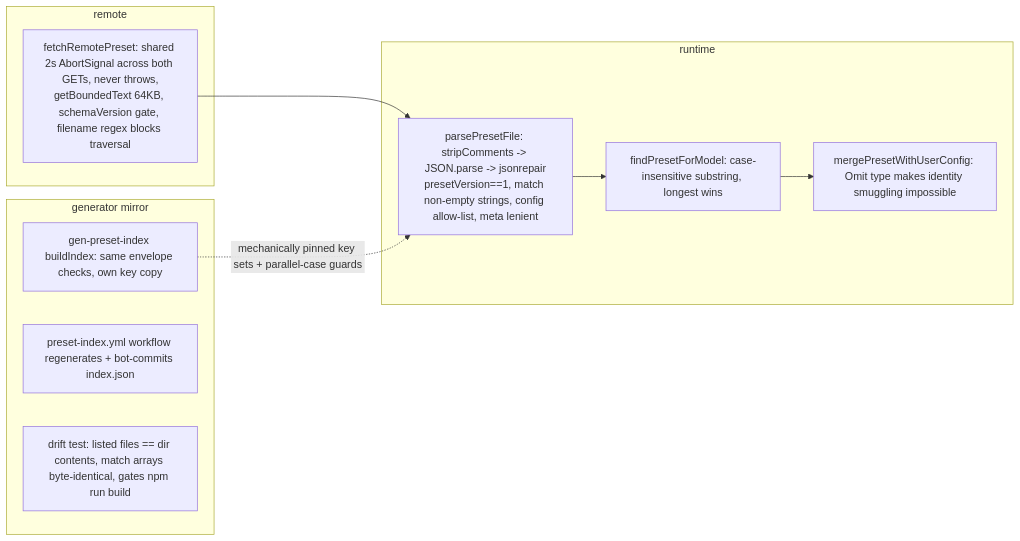
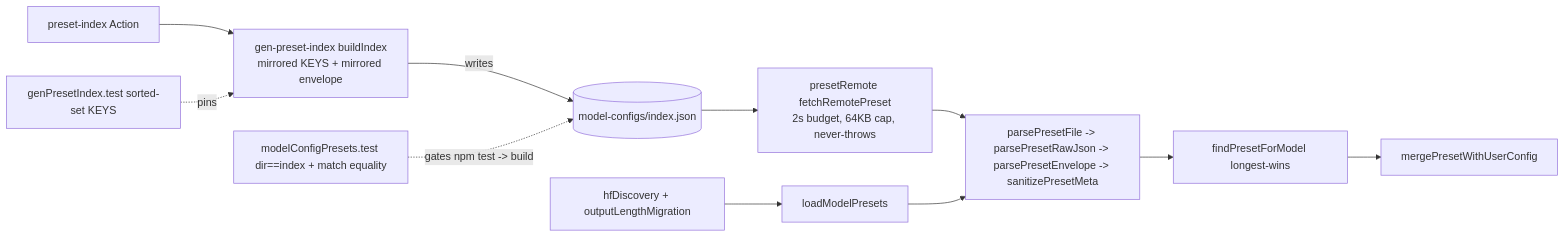
Diagram 18 of 18 in docs/complexity-audit.md (fuzzifikation/vLLM-Copilot), drawn with Mermaid before and after one commit. The commit also changed other lines of this file and 113 other files, not shown here.

````diff
--- a/docs/complexity-audit.md
+++ b/docs/complexity-audit.md
@@ -1035,19 +682,10 @@
 ```mermaid
 flowchart LR
-    subgraph runtime
-        PF[parsePresetFile: stripComments -> JSON.parse -> jsonrepair<br/>presetVersion==1, match non-empty strings, config allow-list, meta lenient]
-        FP[findPresetForModel: case-insensitive substring, longest wins]
-        MG[mergePresetWithUserConfig: Omit type makes identity smuggling impossible]
-    end
-    subgraph devside [generator mirror]
-        GI[gen-preset-index buildIndex: same envelope checks, own key copy]
-        CI[preset-index.yml workflow regenerates + bot-commits index.json]
-        DR[drift test: listed files == dir contents, match arrays byte-identical, gates npm run build]
-    end
-    subgraph remote
-        FR[fetchRemotePreset: shared 2s AbortSignal across both GETs, never throws,<br/>getBoundedText 64KB, schemaVersion gate, filename regex blocks traversal]
-        FR --> PF
-    end
-    PF --> FP --> MG
-    GI -. mechanically pinned key sets + parallel-case guards .-> PF
+  W[preset-index Action] --> GI[gen-preset-index buildIndex<br/>mirrored KEYS + mirrored envelope]
+  GI -->|writes| IX[(model-configs/index.json)]
+  T1[modelConfigPresets.test dir==index + match equality] -.gates npm test -> build.-> IX
+  T2[genPresetIndex.test sorted-set KEYS] -.pins.-> GI
+  IX --> FR[presetRemote fetchRemotePreset<br/>2s budget, 64KB cap, never-throws] --> PF
+  HF[hfDiscovery + outputLengthMigration] --> LM[loadModelPresets] --> PF[parsePresetFile -> parsePresetRawJson -> parsePresetEnvelope -> sanitizePresetMeta]
+  PF --> FP[findPresetForModel longest-wins] --> MG[mergePresetWithUserConfig]
 ```
````
